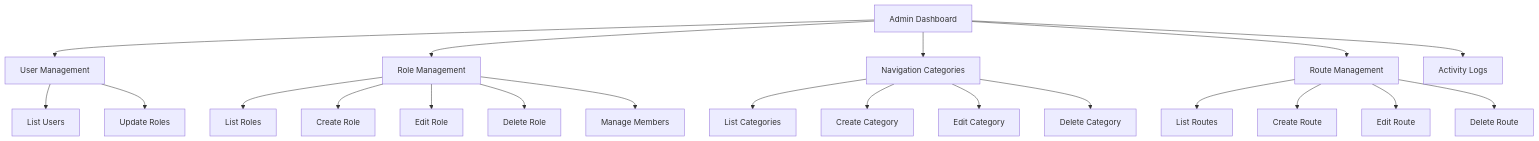
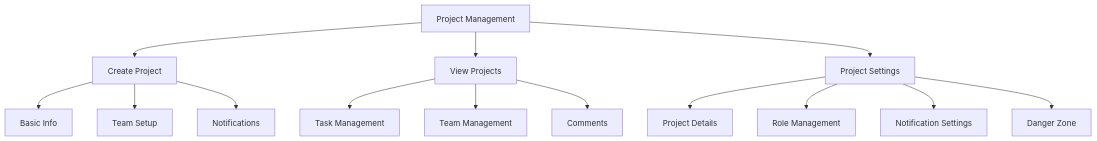
The diagram in README.md (jwbrassell/a), drawn with Mermaid before and after one commit. The commit also changed other lines of this file and 4 other files, not shown here.

First line of the commit message:
fix: project settings page and update documentation

````diff
--- a/README.md
+++ b/README.md
@@ -95,27 +42,19 @@
 ```mermaid
 flowchart TD
-    A[Admin Dashboard] --> B[User Management]
-    A --> C[Role Management]
-    A --> D[Navigation Categories]
-    A --> E[Route Management]
-    A --> F[Activity Logs]
+    A[Project Management] --> B[Create Project]
+    A --> C[View Projects]
+    A --> D[Project Settings]
     
-    B --> B1[List Users]
-    B --> B2[Update Roles]
+    B --> B1[Basic Info]
+    B --> B2[Team Setup]
+    B --> B3[Notifications]
     
-    C --> C1[List Roles]
-    C --> C2[Create Role]
-    C --> C3[Edit Role]
-    C --> C4[Delete Role]
-    C --> C5[Manage Members]
+    C --> C1[Task Management]
+    C --> C2[Team Management]
+    C --> C3[Comments]
     
-    D --> D1[List Categories]
-    D --> D2[Create Category]
-    D --> D3[Edit Category]
-    D --> D4[Delete Category]
-    
-    E --> E1[List Routes]
-    E --> E2[Create Route]
-    E --> E3[Edit Route]
-    E --> E4[Delete Route]
+    D --> D1[Project Details]
+    D --> D2[Role Management]
+    D --> D3[Notification Settings]
+    D --> D4[Danger Zone]
 ```
````
